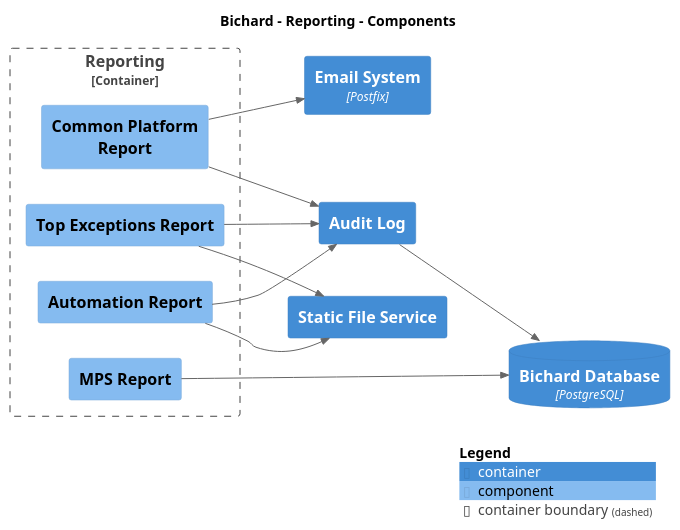
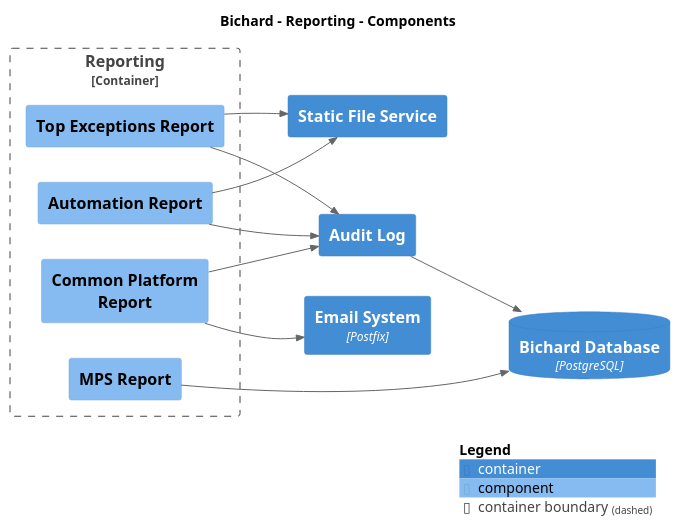
One commit to ministryofjustice/bichard7-next-core changed the diagram in main/puml/Component-006.puml. Above: the diagram before and after it, drawn with PlantUML. The commit also changed other lines of this file and 19 other files, not shown here.

```diff
--- a/main/puml/Component-006.puml
+++ b/main/puml/Component-006.puml
@@ -1,34 +1,34 @@
 @startuml
 set separator none
 title Bichard - Reporting - Components
 
 left to right direction
 
 !include <C4/C4>
 !include <C4/C4_Context>
 !include <C4/C4_Container>
 !include <C4/C4_Component>
 
-Container(Bichard.StaticFileService, "Static File Service", $techn="", $descr="", $tags="", $link="")
 ContainerDb(Bichard.BichardDatabase, "Bichard Database", $techn="PostgreSQL", $descr="", $tags="", $link="")
 Container(Bichard.EmailSystem, "Email System", $techn="Postfix", $descr="", $tags="", $link="")
 Container(Bichard.AuditLog, "Audit Log", $techn="", $descr="", $tags="", $link="")
+Container(Bichard.StaticFileService, "Static File Service", $techn="", $descr="", $tags="", $link="")
 
 Container_Boundary("Bichard.Reporting_boundary", "Reporting", $tags="") {
   Component(Bichard.Reporting.AutomationReport, "Automation Report", $techn="", $descr="", $tags="", $link="")
   Component(Bichard.Reporting.CommonPlatformReport, "Common Platform Report", $techn="", $descr="", $tags="", $link="")
   Component(Bichard.Reporting.MPSReport, "MPS Report", $techn="", $descr="", $tags="", $link="")
   Component(Bichard.Reporting.TopExceptionsReport, "Top Exceptions Report", $techn="", $descr="", $tags="", $link="")
 }
 
 Rel(Bichard.AuditLog, Bichard.BichardDatabase, "", $techn="", $tags="", $link="")
 Rel(Bichard.Reporting.AutomationReport, Bichard.AuditLog, "", $techn="", $tags="", $link="")
 Rel(Bichard.Reporting.CommonPlatformReport, Bichard.AuditLog, "", $techn="", $tags="", $link="")
 Rel(Bichard.Reporting.AutomationReport, Bichard.StaticFileService, "", $techn="", $tags="", $link="")
 Rel(Bichard.Reporting.TopExceptionsReport, Bichard.StaticFileService, "", $techn="", $tags="", $link="")
 Rel(Bichard.Reporting.CommonPlatformReport, Bichard.EmailSystem, "", $techn="", $tags="", $link="")
 Rel(Bichard.Reporting.MPSReport, Bichard.BichardDatabase, "", $techn="", $tags="", $link="")
 Rel(Bichard.Reporting.TopExceptionsReport, Bichard.AuditLog, "", $techn="", $tags="", $link="")
 
 SHOW_LEGEND(true)
 @enduml
```
